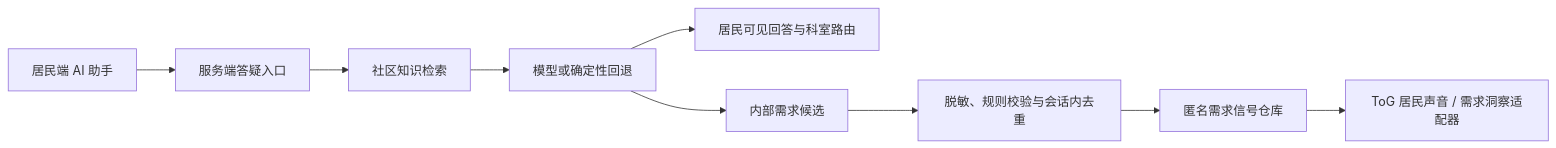
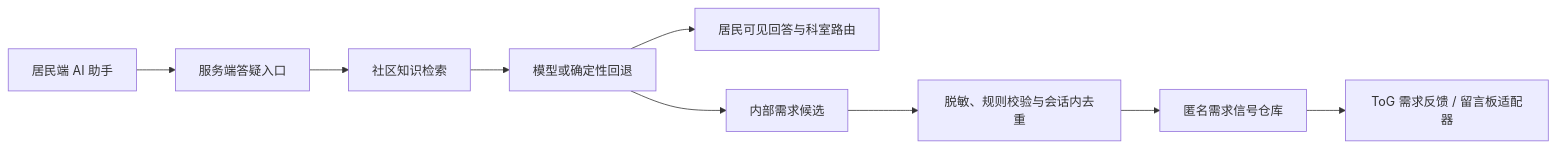
Before and after one commit to Beatrice-orb/Linkhood: the diagram in docs/architecture/resident-agent-demand-bridge.md, drawn with Mermaid. The commit also changed other lines of this file and 6 other files, not shown here.

````diff
--- a/docs/architecture/resident-agent-demand-bridge.md
+++ b/docs/architecture/resident-agent-demand-bridge.md
@@ -9,11 +9,11 @@
 ```mermaid
 flowchart LR
     A["居民端 AI 助手"] --> B["服务端答疑入口"]
     B --> C["社区知识检索"]
     C --> D["模型或确定性回退"]
     D --> E["居民可见回答与科室路由"]
     D --> F["内部需求候选"]
     F --> G["脱敏、规则校验与会话内去重"]
     G --> H["匿名需求信号仓库"]
-    H --> I["ToG 居民声音 / 需求洞察适配器"]
+    H --> I["ToG 需求反馈 / 留言板适配器"]
 ```
````
